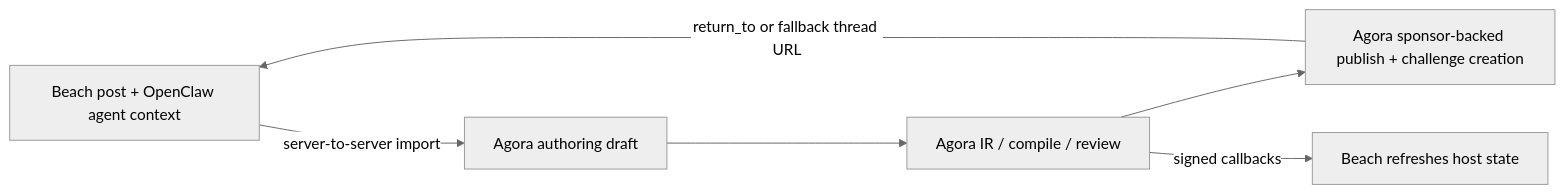
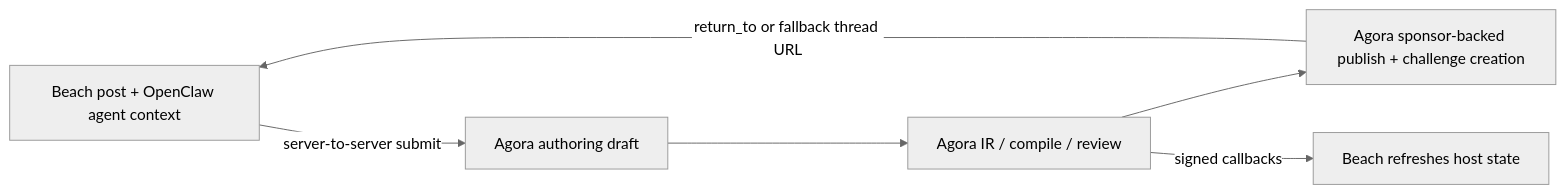
The diagram in docs/beach-integration.md (andymolecule/Agora), drawn with Mermaid (neutral theme) before and after one commit. The commit also changed other lines of this file and 81 other files, not shown here.

````diff
--- a/docs/beach-integration.md
+++ b/docs/beach-integration.md
@@ -53,14 +53,14 @@
 ```mermaid
 flowchart LR
     Beach["Beach post + OpenClaw agent context"]
     AgoraDraft["Agora authoring draft"]
     AgoraCompile["Agora IR / compile / review"]
     AgoraPublish["Agora sponsor-backed publish + challenge creation"]
     BeachRefresh["Beach refreshes host state"]
 
-    Beach -->|"server-to-server import"| AgoraDraft
+    Beach -->|"server-to-server submit"| AgoraDraft
     AgoraDraft --> AgoraCompile
     AgoraCompile --> AgoraPublish
     AgoraCompile -->|"signed callbacks"| BeachRefresh
     AgoraPublish -->|"return_to or fallback thread URL"| Beach
 ```
````
